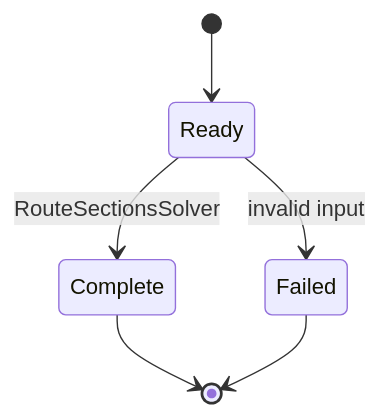
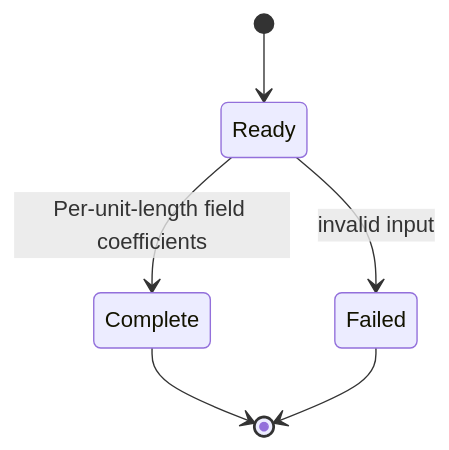
The second of 2 diagrams in README.md (ShiboSoftwareDev/signal-integrity-pipeline), drawn with Mermaid before and after one commit. The commit also changed other lines of this file and 20 other files, not shown here.

````diff
--- a/README.md
+++ b/README.md
@@ -19,8 +20,8 @@
 ```mermaid
 stateDiagram-v2
   [*] --> Ready
-  Ready --> Complete: RouteSectionsSolver
+  Ready --> Complete: Per-unit-length field coefficients
   Ready --> Failed: invalid input
   Complete --> [*]
   Failed --> [*]
 ```
````
